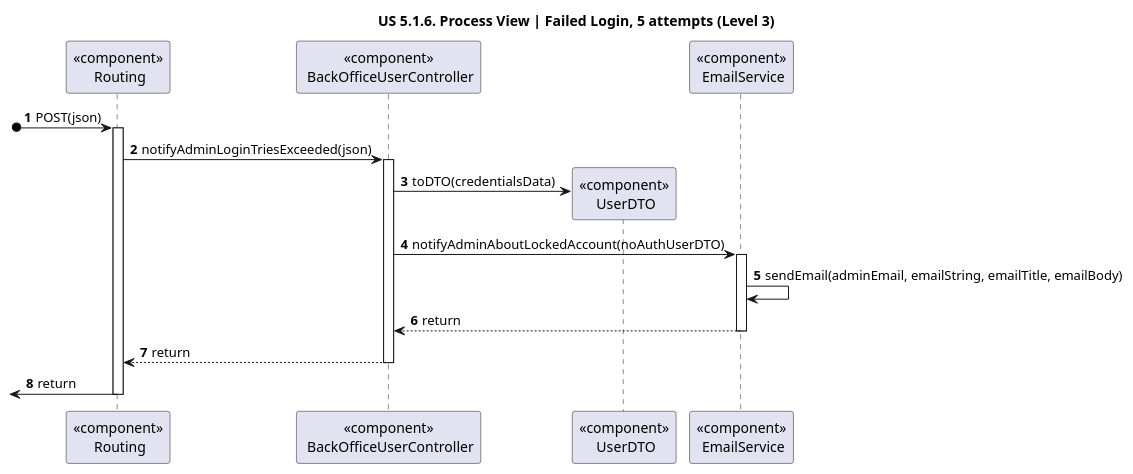
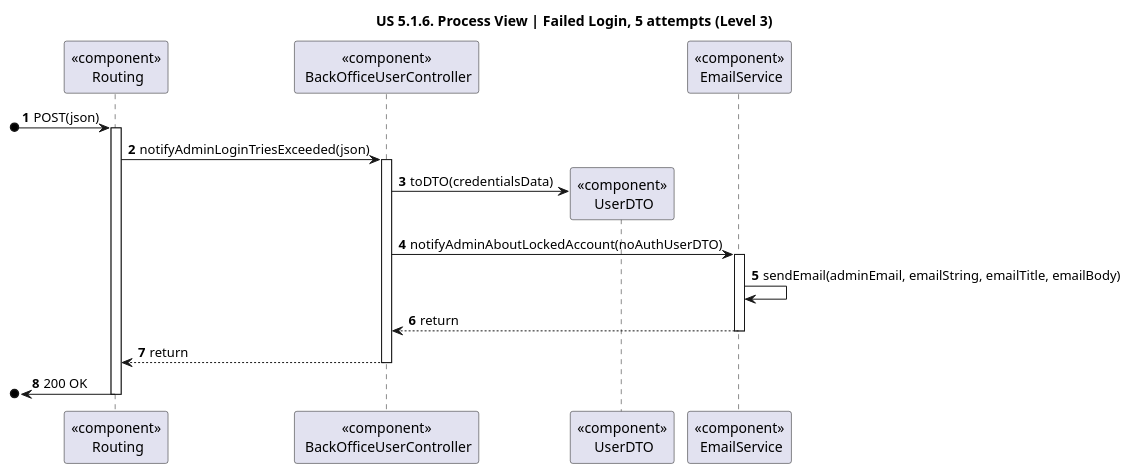
Before and after one commit to rita-barbosa/LAPR5-2425: the diagram in docs/sprint-1/us-5.1.6/Process_View/Level-3/us6-failed-login-process-view-lvl3.puml, drawn with PlantUML. The commit also changed 2 other files, not shown here.

Commit message:
DG38-9 | docs: process view diagrams update

```diff
--- a/docs/sprint-1/us-5.1.6/Process_View/Level-3/us6-failed-login-process-view-lvl3.puml
+++ b/docs/sprint-1/us-5.1.6/Process_View/Level-3/us6-failed-login-process-view-lvl3.puml
@@ -1,37 +1,37 @@
 @startuml
 'https://plantuml.com/sequence-diagram
 
 title "US 5.1.6. Process View | Failed Login, 5 attempts (Level 3)"
 
 autonumber
 
 participant "<<component>>\n Routing" as ROUTE
 participant "<<component>>\n BackOfficeUserController" as CONTROL
 
 participant "<<component>>\n UserDTO" as UserDTO
 
 participant "<<component>>\n EmailService" as EMAILServ
 
 [o-> ROUTE : POST(json)
 activate ROUTE
 
 ROUTE -> CONTROL : notifyAdminLoginTriesExceeded(json)
 activate CONTROL
 
 CONTROL -> UserDTO** : toDTO(credentialsData)
 
 CONTROL -> EMAILServ : notifyAdminAboutLockedAccount(noAuthUserDTO)
 activate EMAILServ
 
 EMAILServ -> EMAILServ : sendEmail(adminEmail, emailString, emailTitle, emailBody)
 
 EMAILServ --> CONTROL : return
 deactivate EMAILServ
 
 CONTROL --> ROUTE : return
 deactivate CONTROL
 
-<- ROUTE : return
+[o<- ROUTE : 200 OK
 deactivate ROUTE
 
 @enduml
```
